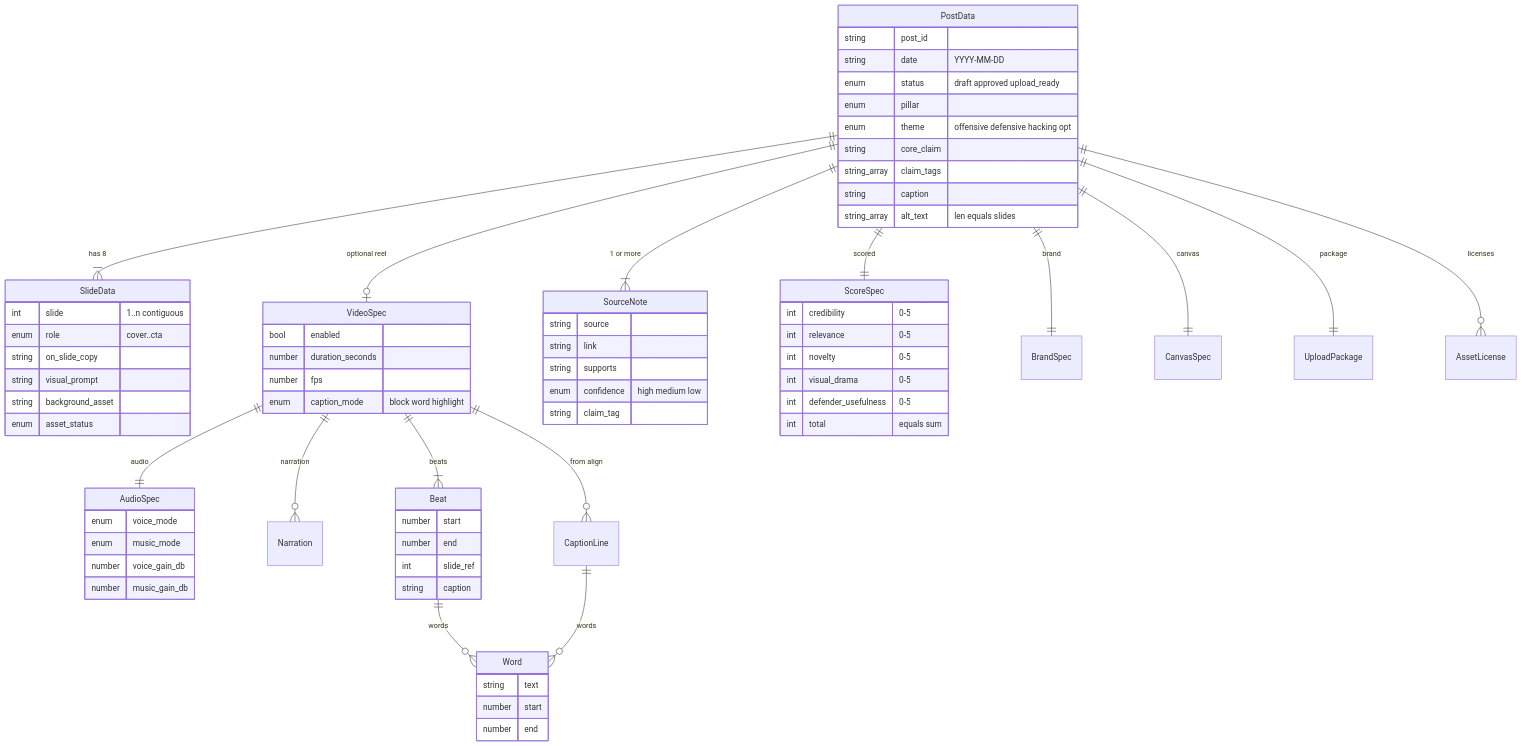
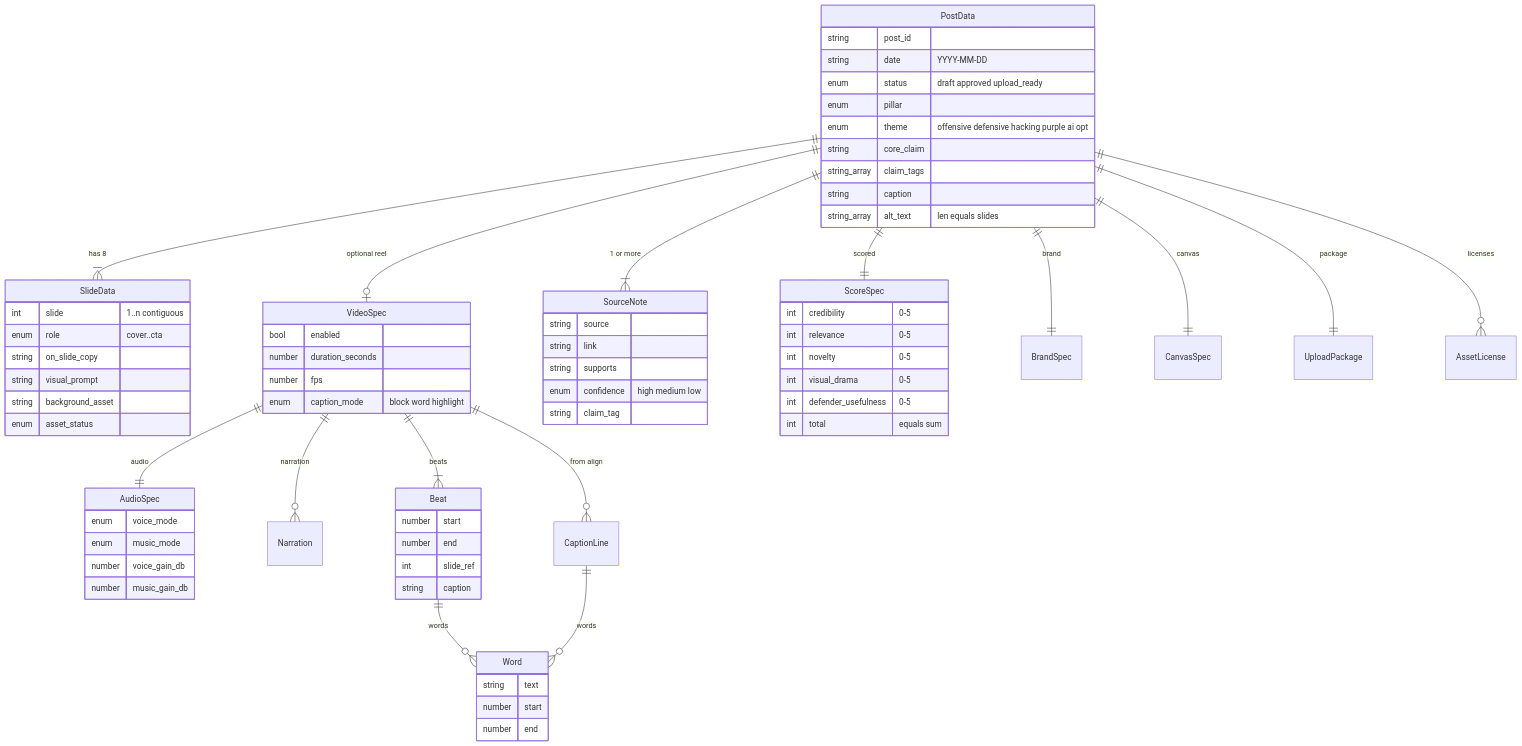
Before and after one commit to jondmarien/ai-ugc-pipeline: the second of 4 diagrams in renderer/docs/PROJECT_ARCHITECTURE.md, drawn with Mermaid. The commit also changed other lines of this file and 12 other files, not shown here.

````diff
--- a/renderer/docs/PROJECT_ARCHITECTURE.md
+++ b/renderer/docs/PROJECT_ARCHITECTURE.md
@@ -115,74 +115,74 @@
 ```mermaid
 erDiagram
     PostData ||--|{ SlideData : "has 8"
     PostData ||--o| VideoSpec : "optional reel"
     PostData ||--|{ SourceNote : "1 or more"
     PostData ||--|| ScoreSpec : "scored"
     PostData ||--|| BrandSpec : "brand"
     PostData ||--|| CanvasSpec : "canvas"
     PostData ||--|| UploadPackage : "package"
     PostData ||--o{ AssetLicense : "licenses"
     VideoSpec ||--|| AudioSpec : "audio"
     VideoSpec ||--o{ Narration : "narration"
     VideoSpec ||--|{ Beat : "beats"
     VideoSpec ||--o{ CaptionLine : "from align"
     Beat ||--o{ Word : "words"
     CaptionLine ||--o{ Word : "words"
     PostData {
         string post_id
         string date "YYYY-MM-DD"
         enum status "draft approved upload_ready"
         enum pillar
-        enum theme "offensive defensive hacking opt"
+        enum theme "offensive defensive hacking purple ai opt"
         string core_claim
         string_array claim_tags
         string caption
         string_array alt_text "len equals slides"
     }
     SlideData {
         int slide "1..n contiguous"
         enum role "cover..cta"
         string on_slide_copy
         string visual_prompt
         string background_asset
         enum asset_status
     }
     ScoreSpec {
         int credibility "0-5"
         int relevance "0-5"
         int novelty "0-5"
         int visual_drama "0-5"
         int defender_usefulness "0-5"
         int total "equals sum"
     }
     SourceNote {
         string source
         string link
         string supports
         enum confidence "high medium low"
         string claim_tag
     }
     VideoSpec {
         bool enabled
         number duration_seconds
         number fps
         enum caption_mode "block word highlight"
     }
     AudioSpec {
         enum voice_mode
         enum music_mode
         number voice_gain_db
         number music_gain_db
     }
     Beat {
         number start
         number end
         int slide_ref
         string caption
     }
     Word {
         string text
         number start
         number end
     }
 ```
````
